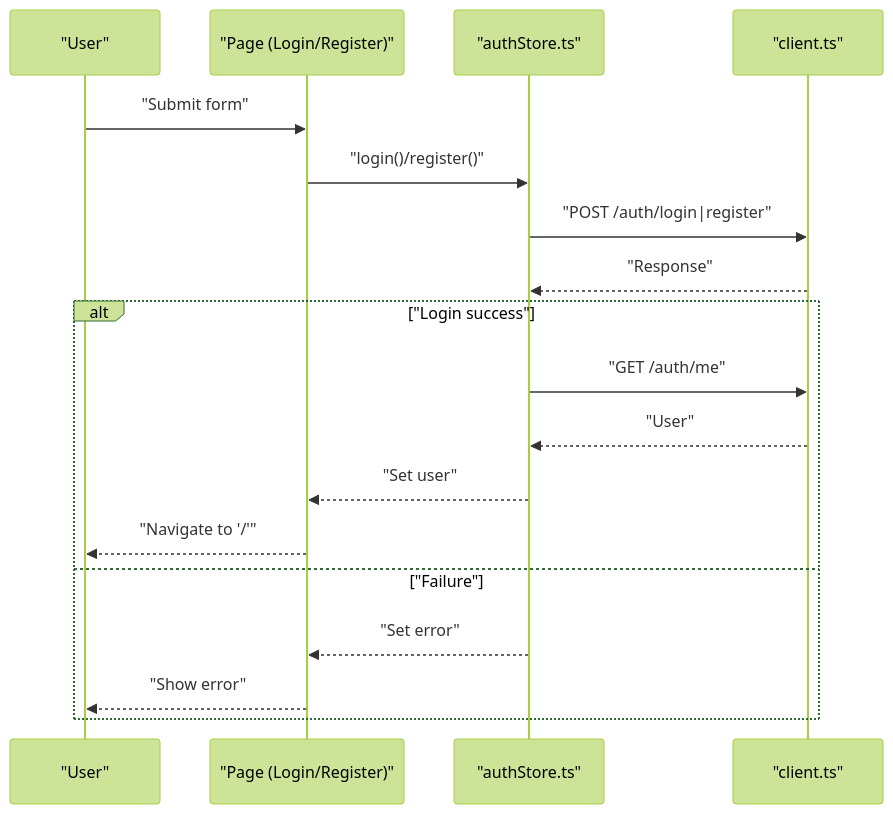
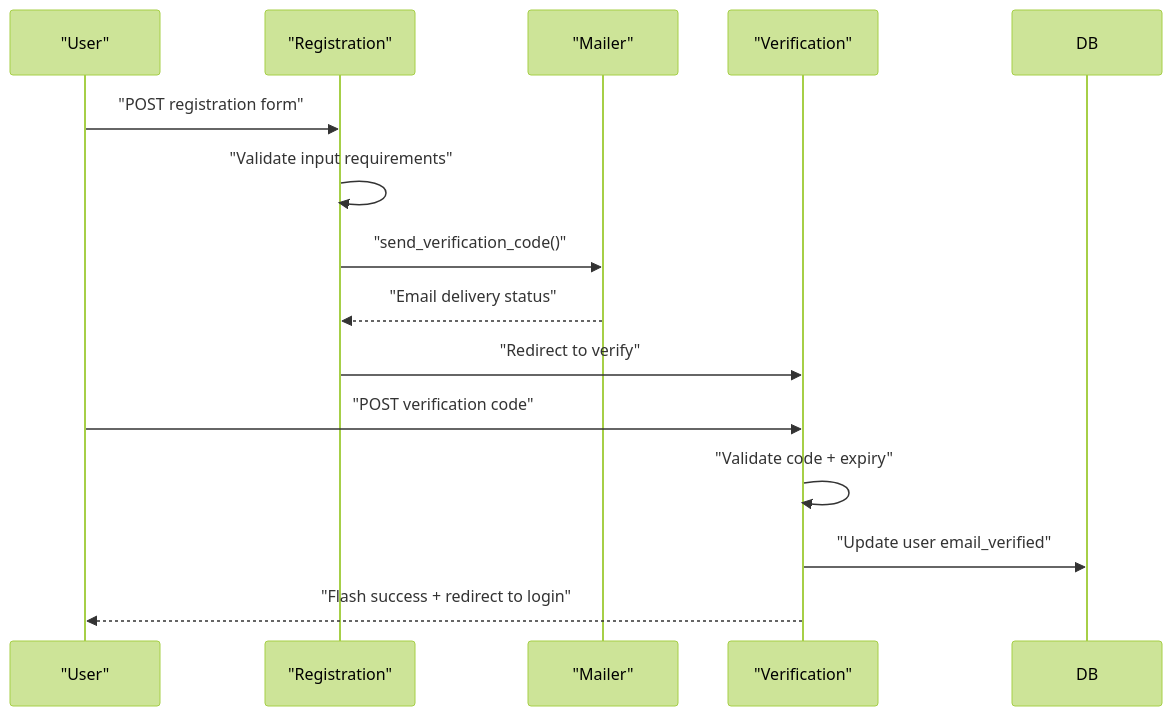
The sixth of 6 diagrams in .qoder/repowiki/en/content/Frontend Application/Frontend Application.md (PolarisW007/PolaZhenJing), drawn with Mermaid (forest theme) before and after one commit. The commit also changed other lines of this file and 153 other files, not shown here.

````diff
--- a/.qoder/repowiki/en/content/Frontend Application/Frontend Application.md
+++ b/.qoder/repowiki/en/content/Frontend Application/Frontend Application.md
@@ -320,20 +283,16 @@
 ```mermaid
 sequenceDiagram
 participant U as "User"
-participant P as "Page (Login/Register)"
-participant Store as "authStore.ts"
-participant API as "client.ts"
-U->>P : "Submit form"
-P->>Store : "login()/register()"
-Store->>API : "POST /auth/login|register"
-API-->>Store : "Response"
-alt "Login success"
-Store->>API : "GET /auth/me"
-API-->>Store : "User"
-Store-->>P : "Set user"
-P-->>U : "Navigate to '/'"
-else "Failure"
-Store-->>P : "Set error"
-P-->>U : "Show error"
-end
+participant R as "Registration"
+participant M as "Mailer"
+participant V as "Verification"
+U->>R : "POST registration form"
+R->>R : "Validate input requirements"
+R->>M : "send_verification_code()"
+M-->>R : "Email delivery status"
+R->>V : "Redirect to verify"
+U->>V : "POST verification code"
+V->>V : "Validate code + expiry"
+V->>DB : "Update user email_verified"
+V-->>U : "Flash success + redirect to login"
 ```
````
